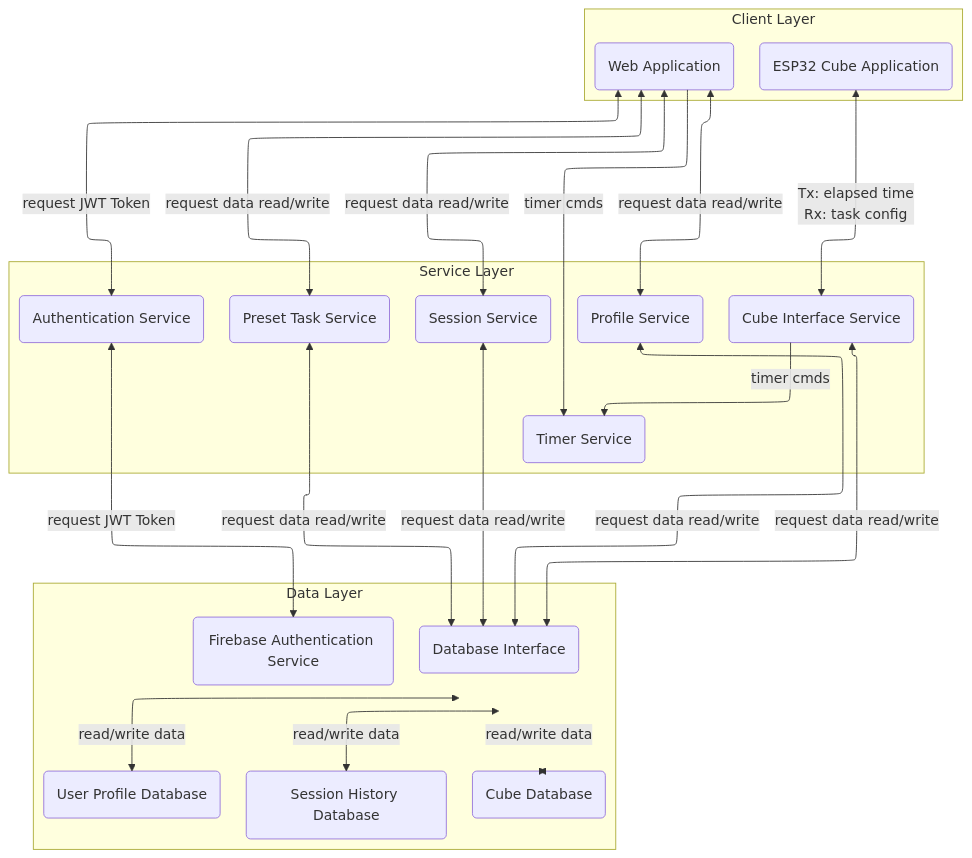
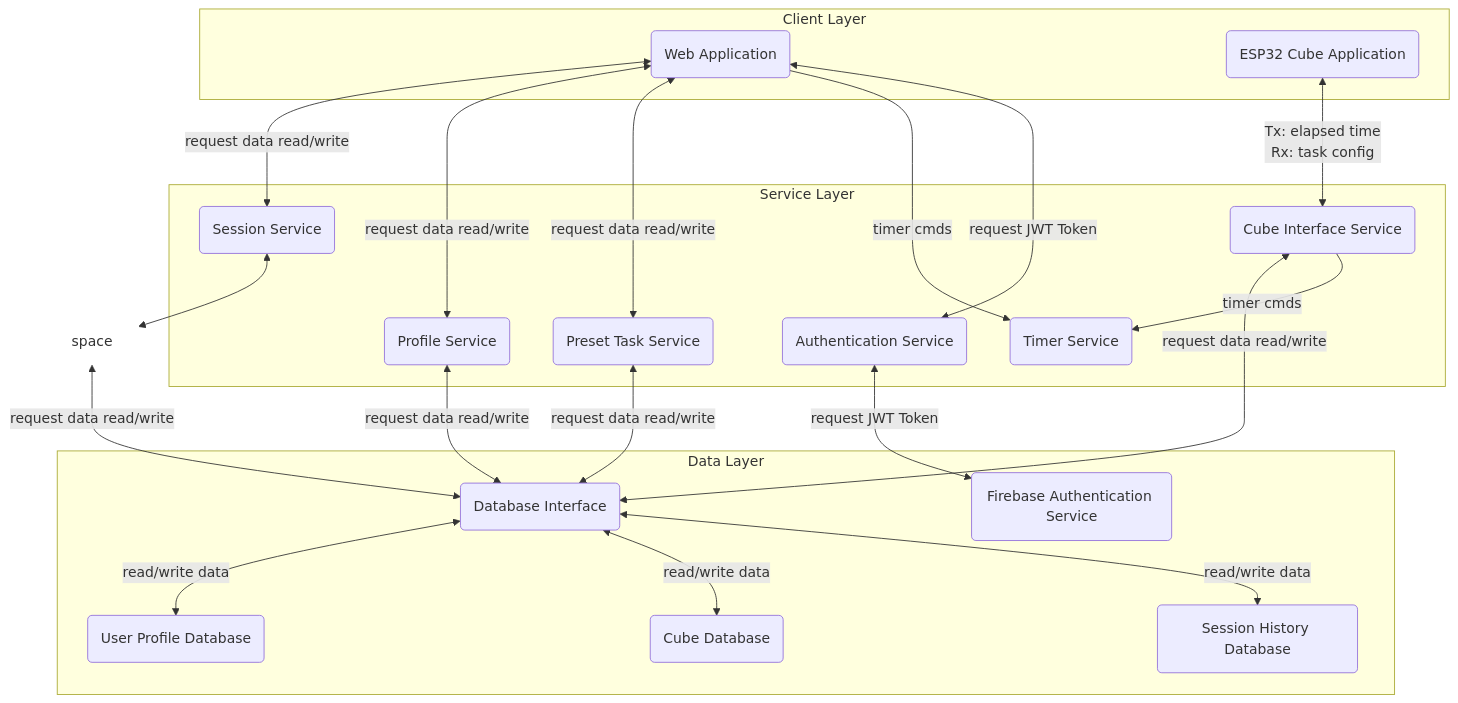
The diagram in README.md (SashaRS2140/7855_202610_03-deploy), drawn with Mermaid before and after one commit.

Commit message:
Architecture fix

````diff
--- a/README.md
+++ b/README.md
@@ -118,46 +118,46 @@
 ```mermaid
-%%{init: {"flowchart": {"defaultRenderer": "elk"}}}%%
-flowchart-elk TD
+flowchart TD
 
     subgraph Client Layer
         A(Web Application)
         B(ESP32 Cube Application)
     end
-
+    
     subgraph Service Layer
-        E(Session Service)
-        H(Authentication Service)
-        I(Cube Interface Service)
-        J(Profile Service)
-        K(Timer Service)
-        L(Preset Task Service)
+        C(Session Service)
+        D(Authentication Service)
+        E(Cube Interface Service)
+        F(Profile Service)
+        G(Timer Service)
+        H(Preset Task Service)
     end
 
     subgraph Data Layer
-        F(Database Interface)
-        G(User Profile Database)
-        M(Cube Database)
-        N(Session History Database)
-        O(Firebase Authentication Service)
+        I(Database Interface)
+        J(User Profile Database)
+        K(Cube Database)
+        L(Session History Database)
+        M(Firebase Authentication Service)
     end
+ 
+    A <-->|request data read/write| C
+    A <-->|request data read/write| F
+    A <-->|request data read/write| H
+    A  -->|timer cmds| G
+    A <-->|request JWT Token| D
+    B <-->|Tx: elapsed time
+           Rx: task config| E
 
-    B <-->|Tx: elapsed time
-           Rx: task config| I
-    A <-->|request data read/write| E
-    A <-->|request data read/write| J
-    A <-->|request data read/write| L
-    A  -->|timer cmds| K
-    A <-->|request JWT Token| H
+    C <--> space <-->|request data read/write| I
+    E <-->|request data read/write| I
+    E  -->|timer cmds| G
+    F <-->|request data read/write| I
+    H <-->|request data read/write| I
 
-    E <-->|request data read/write| F
-    I <-->|request data read/write| F
-    I  -->|timer cmds| K
-    J <-->|request data read/write| F
-    L <-->|request data read/write| F
-    
+    D <-->|request JWT Token| M
+    I <-->|read/write data| J
+    I <-->|read/write data| K
+    I <-->|read/write data| L
 
-    H <-->|request JWT Token| O
-    F <-->|read/write data| G
-    F <-->|read/write data| M
-    F <-->|read/write data| N
+    style space opacity:0;
 ```
````
